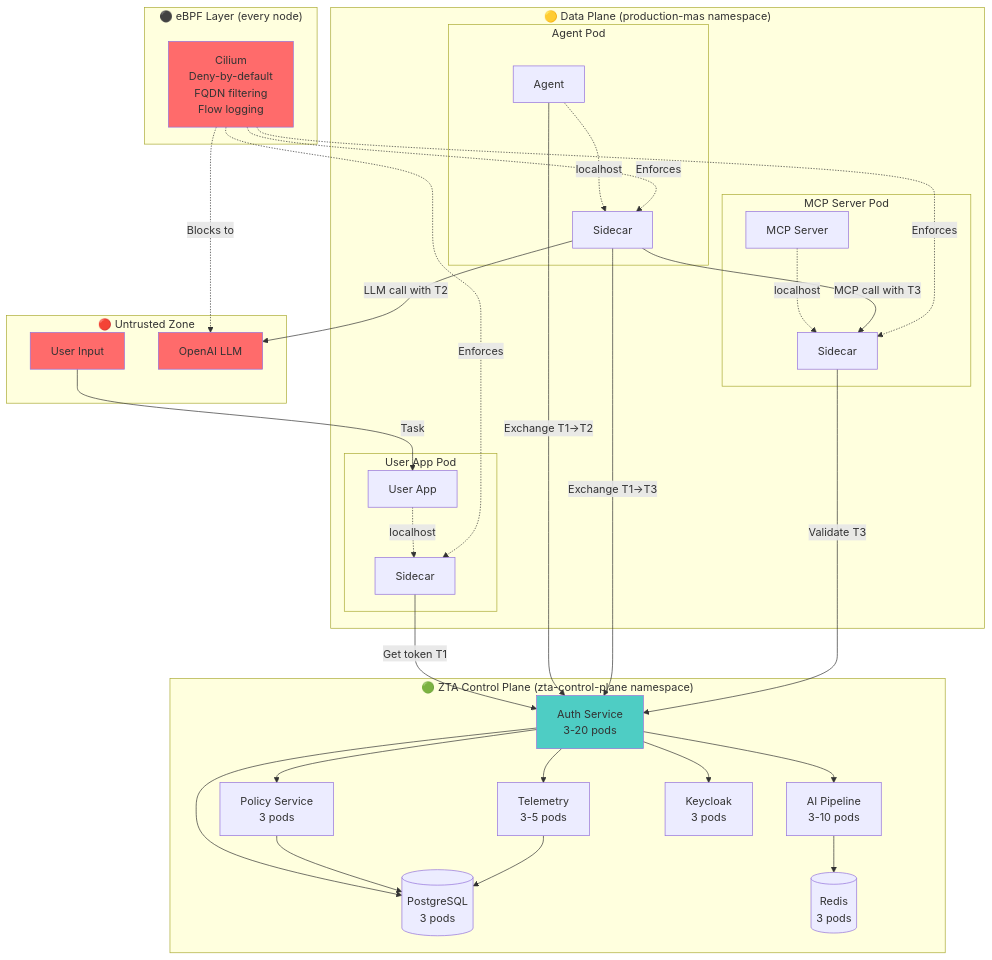
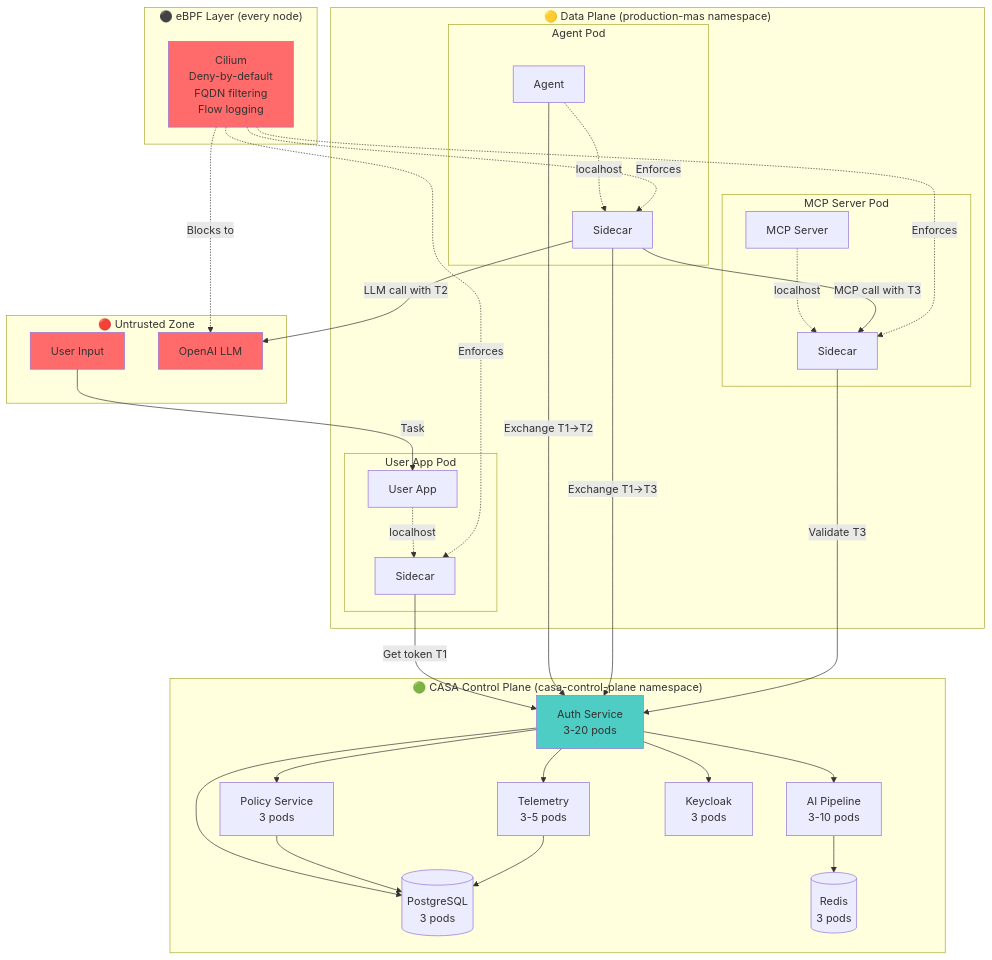
One commit to outshift-open/CASA changed the first of 3 diagrams in contrib/wip/it1/SPECS_HIGH_LEVEL.md. Above: the diagram before and after it, drawn with Mermaid. The commit also changed other lines of this file and 294 other files, not shown here.

Commit message:
feat: Rename from ZTA to CASA

````diff
--- a/contrib/wip/it1/SPECS_HIGH_LEVEL.md
+++ b/contrib/wip/it1/SPECS_HIGH_LEVEL.md
@@ -36,68 +36,68 @@
 ```mermaid
 graph TB
     subgraph "🔴 Untrusted Zone"
         USER[User Input]
         LLM[OpenAI LLM]
     end
 
-    subgraph "🟢 ZTA Control Plane (zta-control-plane namespace)"
+    subgraph "🟢 CASA Control Plane (casa-control-plane namespace)"
         AUTH[Auth Service<br/>3-20 pods]
         POLICY[Policy Service<br/>3 pods]
         AI[AI Pipeline<br/>3-10 pods]
         TELEM[Telemetry<br/>3-5 pods]
         KC[Keycloak<br/>3 pods]
         PG[(PostgreSQL<br/>3 pods)]
         REDIS[(Redis<br/>3 pods)]
 
         AUTH --> KC
         AUTH --> POLICY
         AUTH --> AI
         AUTH --> TELEM
         AUTH --> PG
         POLICY --> PG
         AI --> REDIS
         TELEM --> PG
     end
 
     subgraph "🟡 Data Plane (production-mas namespace)"
         subgraph "User App Pod"
             UA[User App]
             UAS[Sidecar]
             UA -.->|localhost| UAS
         end
 
         subgraph "Agent Pod"
             AG[Agent]
             AGS[Sidecar]
             AG -.->|localhost| AGS
         end
 
         subgraph "MCP Server Pod"
             MCP[MCP Server]
             MCPS[Sidecar]
             MCP -.->|localhost| MCPS
         end
     end
 
     subgraph "⚫ eBPF Layer (every node)"
         CILIUM[Cilium<br/>Deny-by-default<br/>FQDN filtering<br/>Flow logging]
     end
 
     USER -->|Task| UA
     UAS -->|Get token T1| AUTH
     AG -->|Exchange T1→T2| AUTH
     AGS -->|LLM call with T2| LLM
     AGS -->|Exchange T1→T3| AUTH
     AGS -->|MCP call with T3| MCPS
     MCPS -->|Validate T3| AUTH
 
     CILIUM -.->|Enforces| UAS
     CILIUM -.->|Enforces| AGS
     CILIUM -.->|Enforces| MCPS
     CILIUM -.->|Blocks to| LLM
 
     style USER fill:#ff6b6b
     style LLM fill:#ff6b6b
     style AUTH fill:#4ecdc4
     style CILIUM fill:#ff6b6b
 ```
````
